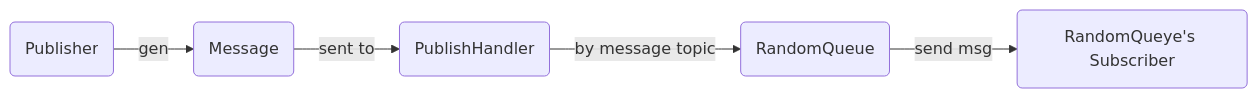
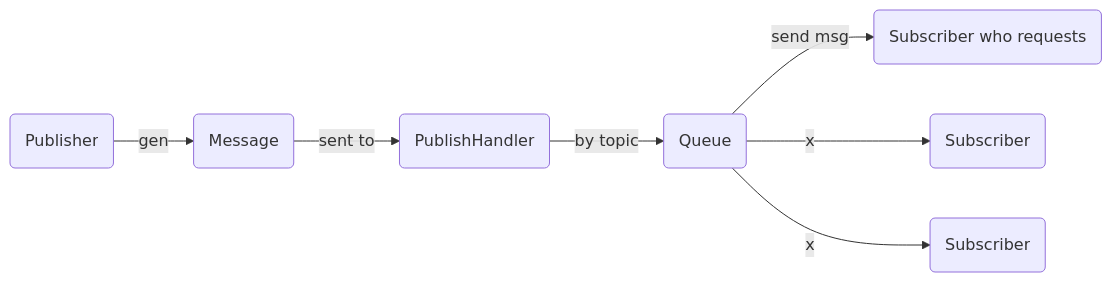
One commit to redbirdztc/go-order changed the first of 3 diagrams in server/README.md. Above: the diagram before and after it, drawn with Mermaid. The commit also changed other lines of this file and 19 other files, not shown here.

````diff
--- a/server/README.md
+++ b/server/README.md
@@ -14,7 +14,9 @@
 ```mermaid
 flowchart LR
 pub(Publisher)-->|gen| msg(Message)
 msg-->|sent to| hdl(PublishHandler)
-hdl-->|by message topic| q(RandomQueue)
-q-->|send msg| subscriber(RandomQueye's Subscriber)
+hdl-->|by topic| q(Queue)
+q-->|send msg| subscriber(Subscriber who requests)
+q-->|x| subscriber1(Subscriber)
+q-->|x| subscriber2(Subscriber)
 ```
````
